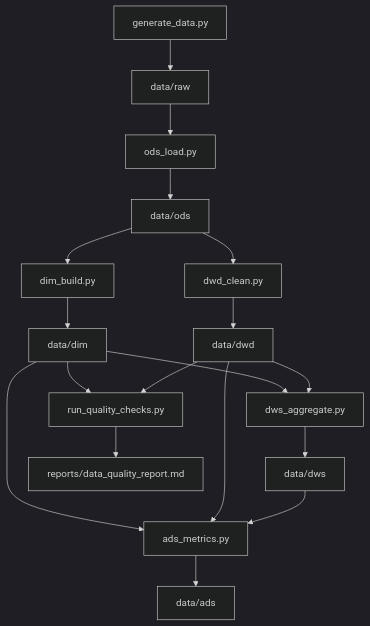
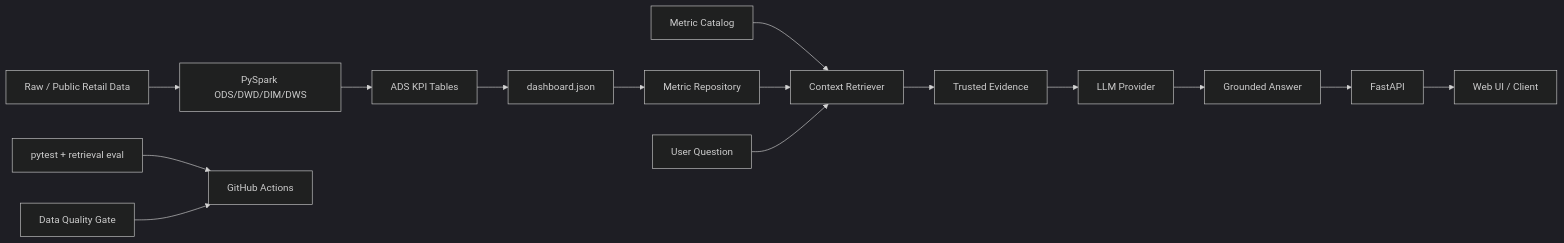
The diagram in README.md (plutoczm/retailpulse-offline-lakehouse), drawn with Mermaid (dark theme) before and after one commit. The commit also changed other lines of this file and 68 other files, not shown here.

````diff
--- a/README.md
+++ b/README.md
@@ -26,20 +21,18 @@
 ```mermaid
-flowchart TD
-  A[generate_data.py] --> B[data/raw]
-  B --> C[ods_load.py]
-  C --> D[data/ods]
-  D --> E[dwd_clean.py]
-  E --> F[data/dwd]
-  D --> G[dim_build.py]
-  G --> H[data/dim]
-  F --> I[dws_aggregate.py]
-  H --> I
-  I --> J[data/dws]
-  J --> K[ads_metrics.py]
-  F --> K
-  H --> K
-  K --> L[data/ads]
-  F --> M[run_quality_checks.py]
-  H --> M
-  M --> N[reports/data_quality_report.md]
+flowchart LR
+  A[Raw / Public Retail Data] --> B[PySpark ODS/DWD/DIM/DWS]
+  B --> C[ADS KPI Tables]
+  C --> D[dashboard.json]
+  D --> E[Metric Repository]
+  F[Metric Catalog] --> G[Context Retriever]
+  E --> G
+  Q[User Question] --> G
+  G --> H[Trusted Evidence]
+  H --> I[LLM Provider]
+  I --> J[Grounded Answer]
+  J --> K[FastAPI]
+  K --> L[Web UI / Client]
+
+  M[pytest + retrieval eval] --> N[GitHub Actions]
+  O[Data Quality Gate] --> N
 ```
````
